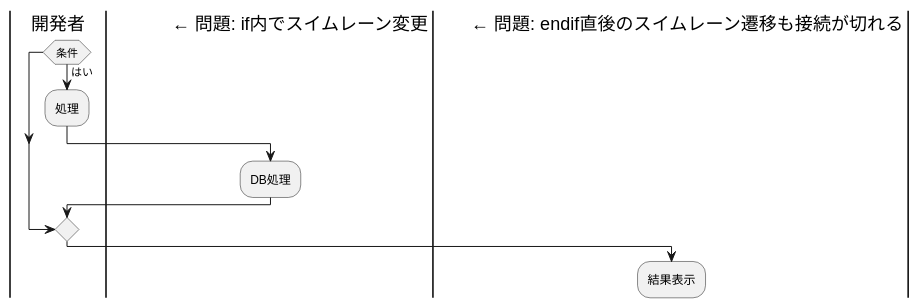
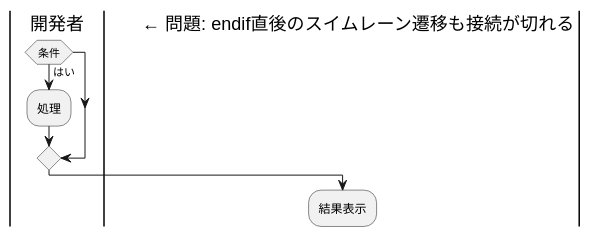
One commit to yoshiwo3/PlantUML2_Opus4.5 changed the fourth of 8 diagrams in docs/guides/PlantUML_SVG_Generation_Guide.md. Above: the diagram before and after it, drawn with PlantUML. The commit also changed other lines of this file, not shown here.

First line of the commit message:
docs: PlantUML SVG生成ガイドv4.0（全面改善）

````diff
--- a/docs/guides/PlantUML_SVG_Generation_Guide.md
+++ b/docs/guides/PlantUML_SVG_Generation_Guide.md
@@ -842,11 +602,9 @@
 ```plantuml
 ' ❌ 問題パターン: endif直後のスイムレーン遷移
 |開発者|
 if (条件) then (はい)
   :処理;
-  |Supabase|             ← 問題: if内でスイムレーン変更
-  :DB処理;
 endif
 |Frontend Service|       ← 問題: endif直後のスイムレーン遷移も接続が切れる
 :結果表示;
 ```
````
